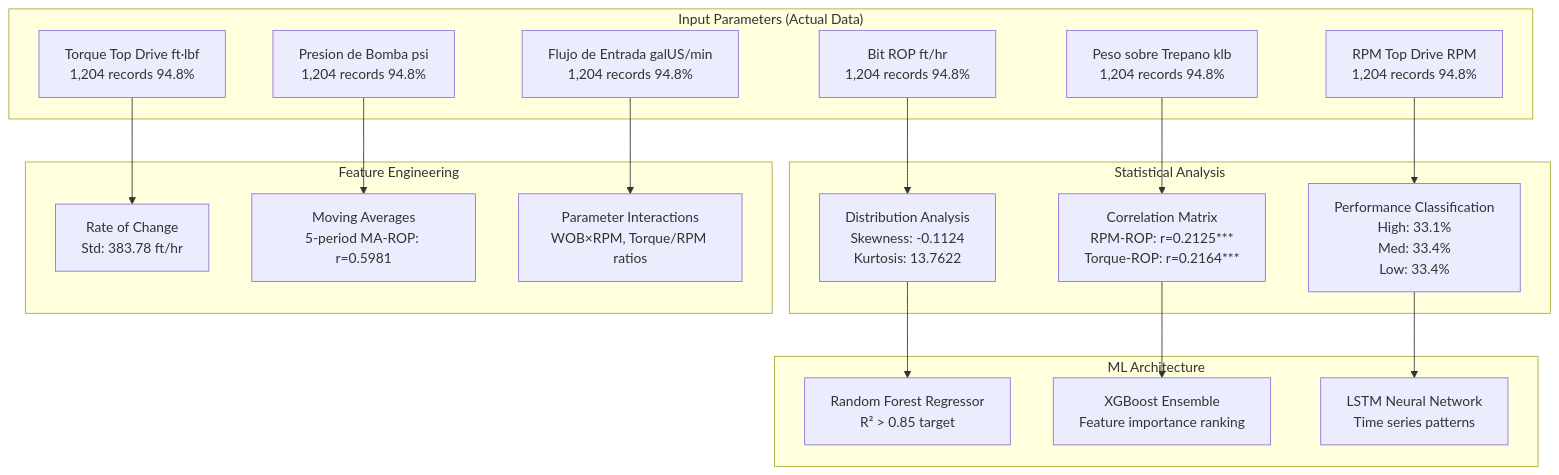
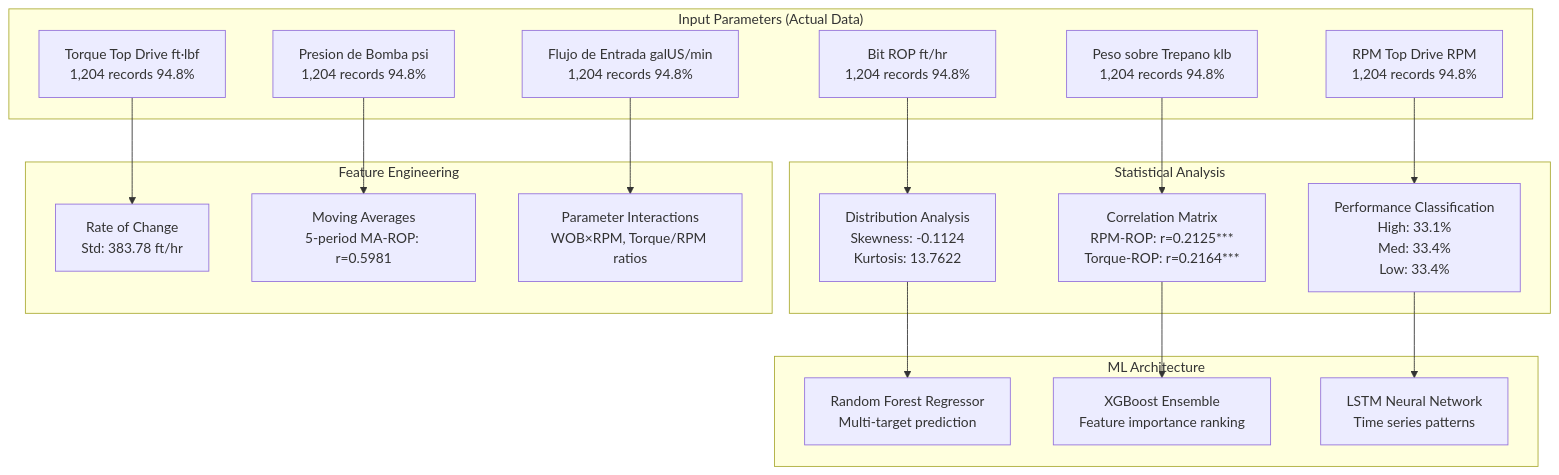
Diagram 11 of 13 in PAE_Report.md (wonder-dmercadal/PublicReports), drawn with Mermaid before and after one commit. The commit also changed other lines of this file, not shown here.

````diff
--- a/PAE_Report.md
+++ b/PAE_Report.md
@@ -186,40 +186,40 @@
 ```mermaid
 flowchart TD
     subgraph "Input Parameters (Actual Data)"
         A1[Bit ROP ft/hr<br/>1,204 records 94.8%]
         A2[Peso sobre Trepano klb<br/>1,204 records 94.8%]
         A3[RPM Top Drive RPM<br/>1,204 records 94.8%]
         A4[Torque Top Drive ft·lbf<br/>1,204 records 94.8%]
         A5[Presion de Bomba psi<br/>1,204 records 94.8%]
         A6[Flujo de Entrada galUS/min<br/>1,204 records 94.8%]
     end
     
     subgraph "Statistical Analysis"
         B1[Distribution Analysis<br/>Skewness: -0.1124<br/>Kurtosis: 13.7622]
         B2[Correlation Matrix<br/>RPM-ROP: r=0.2125***<br/>Torque-ROP: r=0.2164***]
         B3[Performance Classification<br/>High: 33.1%<br/>Med: 33.4%<br/>Low: 33.4%]
     end
     
     subgraph "Feature Engineering"
         C1[Rate of Change<br/>Std: 383.78 ft/hr]
         C2[Moving Averages<br/>5-period MA-ROP: r=0.5981]
         C3[Parameter Interactions<br/>WOB×RPM, Torque/RPM ratios]
     end
     
     subgraph "ML Architecture"
-        D1[Random Forest Regressor<br/>R² > 0.85 target]
+        D1[Random Forest Regressor<br/>Multi-target prediction]
         D2[XGBoost Ensemble<br/>Feature importance ranking]
         D3[LSTM Neural Network<br/>Time series patterns]
     end
     
     A1 --> B1
     A2 --> B2
     A3 --> B3
     A4 --> C1
     A5 --> C2
     A6 --> C3
     
     B1 --> D1
     B2 --> D2
     B3 --> D3
 ```
````
